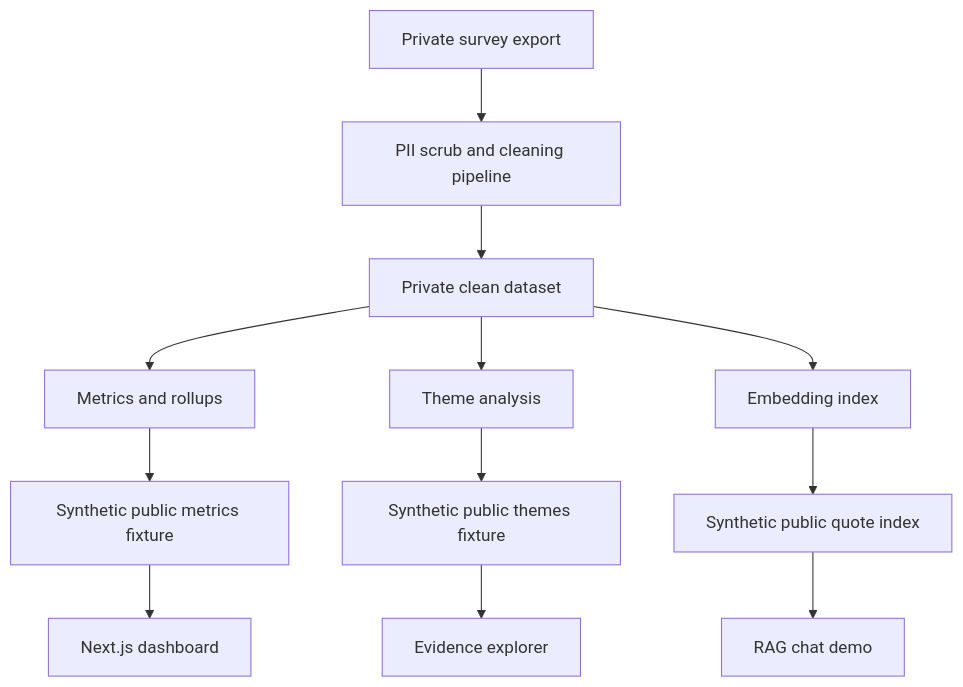
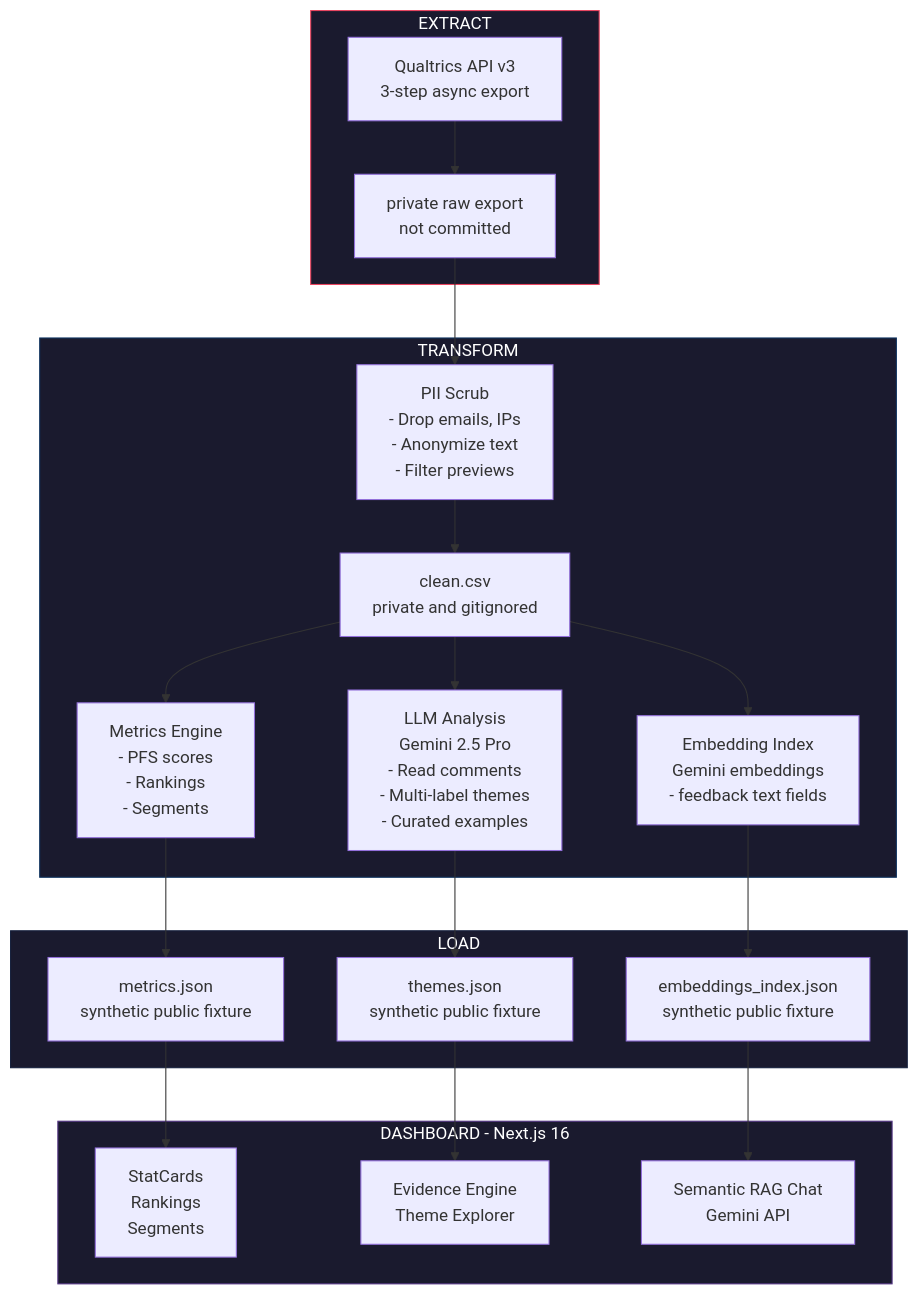
Before and after one commit to Karthikgaur8/ua-parking: the diagram in README.md, drawn with Mermaid. The commit also changed other lines of this file and 2 other files, not shown here.

Commit message:
Refine public demo README

````diff
--- a/README.md
+++ b/README.md
@@ -25,14 +35,31 @@
 ```mermaid
 flowchart TD
-    A["Private survey export"] --> B["PII scrub and cleaning pipeline"]
-    B --> C["Private clean dataset"]
-    C --> D["Metrics and rollups"]
-    C --> E["Theme analysis"]
-    C --> F["Embedding index"]
-    D --> G["Synthetic public metrics fixture"]
-    E --> H["Synthetic public themes fixture"]
-    F --> I["Synthetic public quote index"]
-    G --> J["Next.js dashboard"]
-    H --> K["Evidence explorer"]
-    I --> L["RAG chat demo"]
+    subgraph EXTRACT["EXTRACT"]
+        A["Qualtrics API v3\n3-step async export"] --> B["private raw export\nnot committed"]
+    end
+
+    subgraph TRANSFORM["TRANSFORM"]
+        B --> C["PII Scrub\n- Drop emails, IPs\n- Anonymize text\n- Filter previews"]
+        C --> D["clean.csv\nprivate and gitignored"]
+        D --> E["Metrics Engine\n- PFS scores\n- Rankings\n- Segments"]
+        D --> F["LLM Analysis\nGemini 2.5 Pro\n- Read comments\n- Multi-label themes\n- Curated examples"]
+        D --> L["Embedding Index\nGemini embeddings\n- feedback text fields"]
+    end
+
+    subgraph LOAD["LOAD"]
+        E --> G["metrics.json\nsynthetic public fixture"]
+        F --> H["themes.json\nsynthetic public fixture"]
+        L --> M["embeddings_index.json\nsynthetic public fixture"]
+    end
+
+    subgraph DASHBOARD["DASHBOARD - Next.js 16"]
+        G --> I["StatCards\nRankings\nSegments"]
+        H --> J["Evidence Engine\nTheme Explorer"]
+        M --> K["Semantic RAG Chat\nGemini API"]
+    end
+
+    style EXTRACT fill:#1a1a2e,stroke:#e94560,color:#fff
+    style TRANSFORM fill:#1a1a2e,stroke:#0f3460,color:#fff
+    style LOAD fill:#1a1a2e,stroke:#16213e,color:#fff
+    style DASHBOARD fill:#1a1a2e,stroke:#533483,color:#fff
 ```
````
